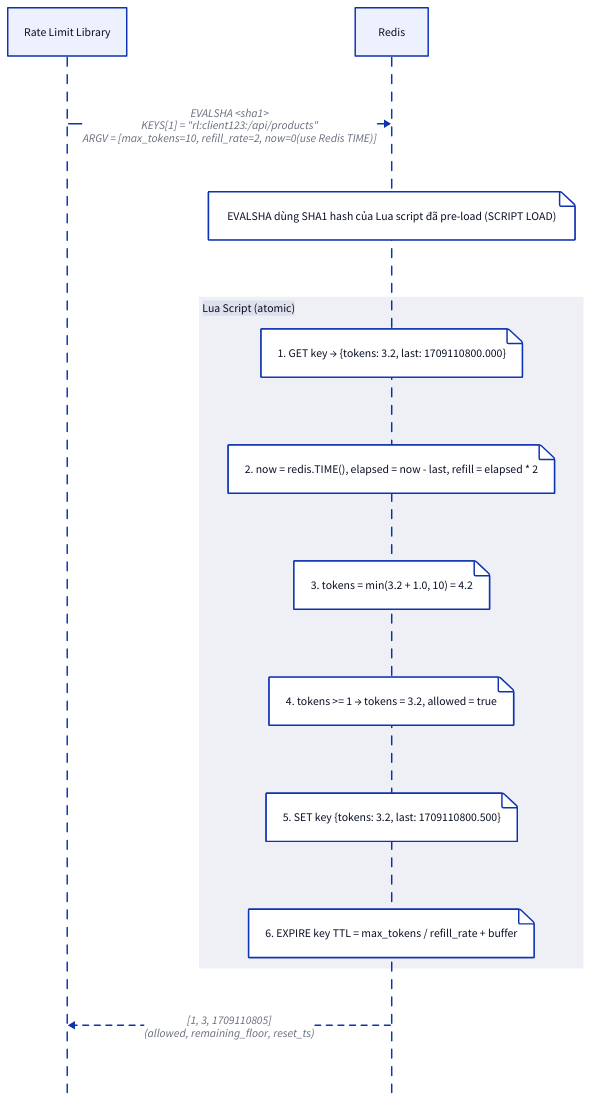
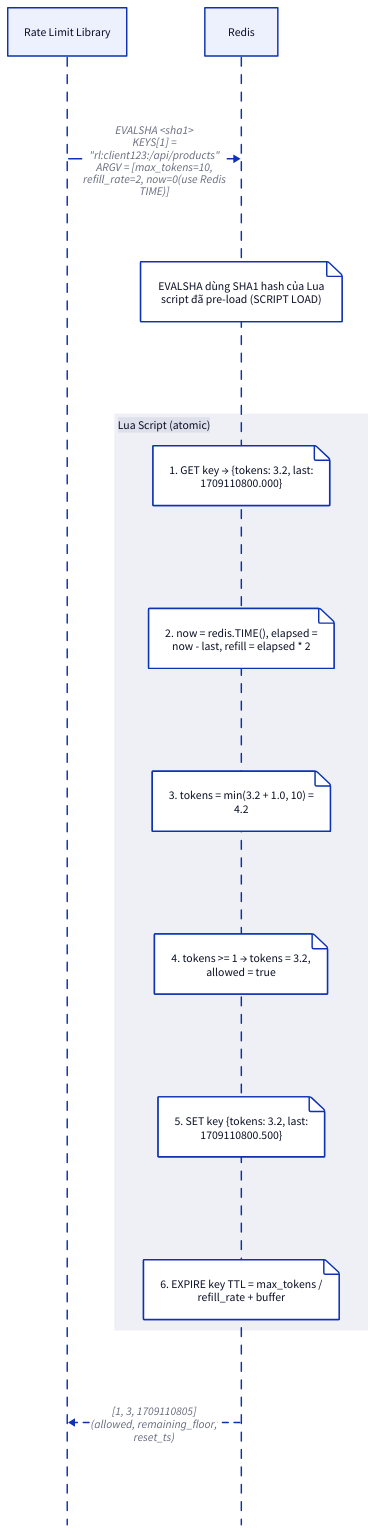
Before and after one commit to vanhiep99w/system-design-practice: the fourth of 6 diagrams in rate-limiter.md, drawn with D2. The commit also changed other lines of this file and 9 other files, not shown here.

Commit message:
fix: size long sequence diagrams with per-flow height budgets

````diff
--- a/rate-limiter.md
+++ b/rate-limiter.md
@@ -572,17 +574,18 @@
 ```d2 interactive title="Token Bucket — Redis Lua atomic operation"
+# viewport-height: 180vh
 shape: sequence_diagram
 RL: Rate Limit Library
 R: Redis
 
-RL -> R: "EVALSHA <sha1>\nKEYS[1] = \"rl:client123:/api/products\"\nARGV = [max_tokens=10, refill_rate=2, now=0(use Redis TIME)]"
-R."EVALSHA dùng SHA1 hash của Lua script đã pre-load (SCRIPT LOAD)"
+RL -> R: "EVALSHA <sha1>\nKEYS[1] =\n\"rl:client123:/api/products\"\nARGV = [max_tokens=10,\nrefill_rate=2, now=0(use Redis\nTIME)]"
+R."EVALSHA dùng SHA1 hash của Lua\nscript đã pre-load (SCRIPT LOAD)"
 atomic: "Lua Script (atomic)" {
-  R."1. GET key → {tokens: 3.2, last: 1709110800.000}"
-  R."2. now = redis.TIME(), elapsed = now - last, refill = elapsed * 2"
-  R."3. tokens = min(3.2 + 1.0, 10) = 4.2"
-  R."4. tokens >= 1 → tokens = 3.2, allowed = true"
-  R."5. SET key {tokens: 3.2, last: 1709110800.500}"
-  R."6. EXPIRE key TTL = max_tokens / refill_rate + buffer"
+  R."1. GET key → {tokens: 3.2, last:\n1709110800.000}"
+  R."2. now = redis.TIME(), elapsed =\nnow - last, refill = elapsed * 2"
+  R."3. tokens = min(3.2 + 1.0, 10) =\n4.2"
+  R."4. tokens >= 1 → tokens = 3.2,\nallowed = true"
+  R."5. SET key {tokens: 3.2, last:\n1709110800.500}"
+  R."6. EXPIRE key TTL = max_tokens /\nrefill_rate + buffer"
 }
-R -> RL: "[1, 3, 1709110805]\n(allowed, remaining_floor, reset_ts)" {style.stroke-dash: 4}
+R -> RL: "[1, 3, 1709110805]\n(allowed, remaining_floor,\nreset_ts)" {style.stroke-dash: 4}
 ```
````
